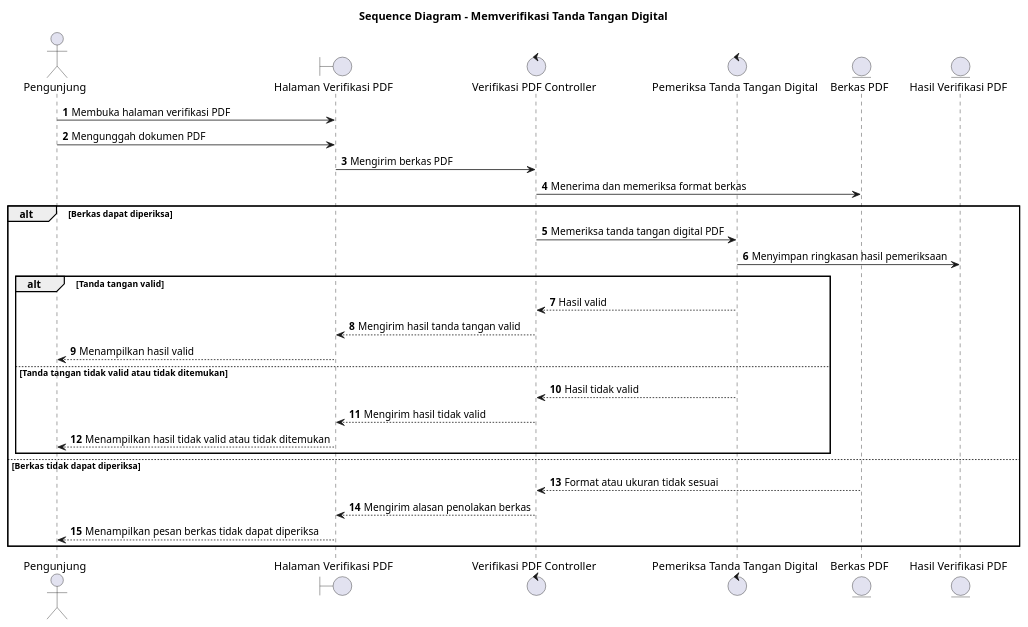
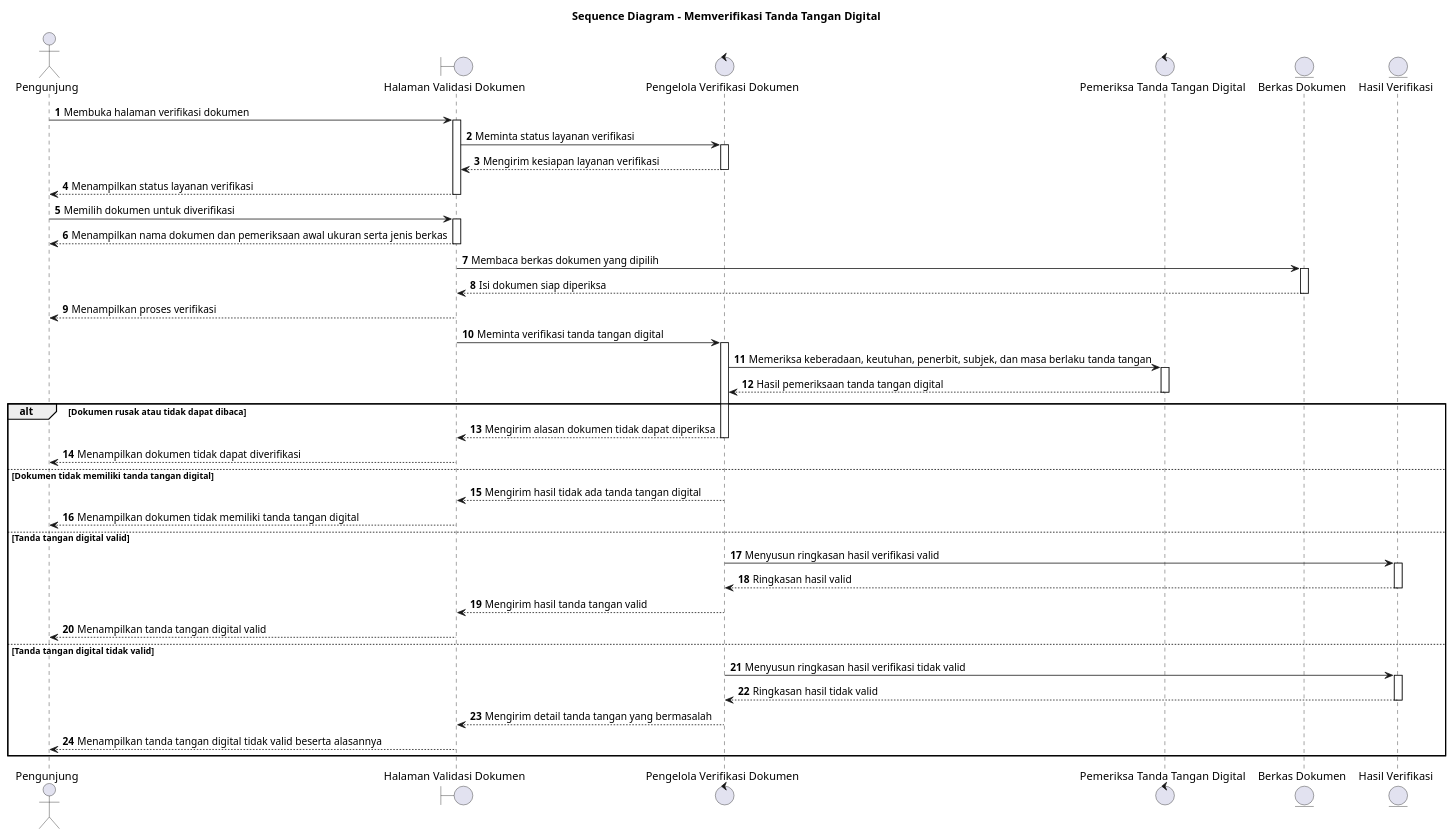
The diagram in docs/sequence/lampiran/pengunjung-memverifikasi-tanda-tangan-digital.md (howlil/sop-generate-app), drawn with PlantUML before and after one commit. The commit also changed other lines of this file and 90 other files, not shown here.

````diff
--- a/docs/sequence/lampiran/pengunjung-memverifikasi-tanda-tangan-digital.md
+++ b/docs/sequence/lampiran/pengunjung-memverifikasi-tanda-tangan-digital.md
@@ -16,37 +16,46 @@
 ```plantuml
 @startuml
 title Sequence Diagram - Memverifikasi Tanda Tangan Digital
 autonumber
+autoactivate on
 
-actor "Pengunjung" as Aktor
-boundary "Halaman Verifikasi PDF" as UI
-control "Verifikasi PDF Controller" as PdfCtrl
-control "Pemeriksa Tanda Tangan Digital" as VerifPdf
-entity "Berkas PDF" as PDF
-entity "Hasil Verifikasi PDF" as Hasil
+actor "Pengunjung" as A
+boundary "Halaman Validasi Dokumen" as B
+control "Pengelola Verifikasi Dokumen" as C
+control "Pemeriksa Tanda Tangan Digital" as D
+entity "Berkas Dokumen" as BerkasDokumen
+entity "Hasil Verifikasi" as HasilVerifikasi
 
-Aktor -> UI : Membuka halaman verifikasi PDF
-Aktor -> UI : Mengunggah dokumen PDF
-UI -> PdfCtrl : Mengirim berkas PDF
-PdfCtrl -> PDF : Menerima dan memeriksa format berkas
+A -> B : Membuka halaman verifikasi dokumen
+B -> C : Meminta status layanan verifikasi
+C --> B : Mengirim kesiapan layanan verifikasi
+B --> A : Menampilkan status layanan verifikasi
 
-alt Berkas dapat diperiksa
-  PdfCtrl -> VerifPdf : Memeriksa tanda tangan digital PDF
-  VerifPdf -> Hasil : Menyimpan ringkasan hasil pemeriksaan
-  alt Tanda tangan valid
-    VerifPdf --> PdfCtrl : Hasil valid
-    PdfCtrl --> UI : Mengirim hasil tanda tangan valid
-    UI --> Aktor : Menampilkan hasil valid
-  else Tanda tangan tidak valid atau tidak ditemukan
-    VerifPdf --> PdfCtrl : Hasil tidak valid
-    PdfCtrl --> UI : Mengirim hasil tidak valid
-    UI --> Aktor : Menampilkan hasil tidak valid atau tidak ditemukan
-  end
-else Berkas tidak dapat diperiksa
-  PDF --> PdfCtrl : Format atau ukuran tidak sesuai
-  PdfCtrl --> UI : Mengirim alasan penolakan berkas
-  UI --> Aktor : Menampilkan pesan berkas tidak dapat diperiksa
+A -> B : Memilih dokumen untuk diverifikasi
+B --> A : Menampilkan nama dokumen dan pemeriksaan awal ukuran serta jenis berkas
+B -> BerkasDokumen : Membaca berkas dokumen yang dipilih
+BerkasDokumen --> B : Isi dokumen siap diperiksa
+B --> A : Menampilkan proses verifikasi
+B -> C : Meminta verifikasi tanda tangan digital
+C -> D : Memeriksa keberadaan, keutuhan, penerbit, subjek, dan masa berlaku tanda tangan
+D --> C : Hasil pemeriksaan tanda tangan digital
+alt Dokumen rusak atau tidak dapat dibaca
+  C --> B : Mengirim alasan dokumen tidak dapat diperiksa
+  B --> A : Menampilkan dokumen tidak dapat diverifikasi
+else Dokumen tidak memiliki tanda tangan digital
+  C --> B : Mengirim hasil tidak ada tanda tangan digital
+  B --> A : Menampilkan dokumen tidak memiliki tanda tangan digital
+else Tanda tangan digital valid
+  C -> HasilVerifikasi : Menyusun ringkasan hasil verifikasi valid
+  HasilVerifikasi --> C : Ringkasan hasil valid
+  C --> B : Mengirim hasil tanda tangan valid
+  B --> A : Menampilkan tanda tangan digital valid
+else Tanda tangan digital tidak valid
+  C -> HasilVerifikasi : Menyusun ringkasan hasil verifikasi tidak valid
+  HasilVerifikasi --> C : Ringkasan hasil tidak valid
+  C --> B : Mengirim detail tanda tangan yang bermasalah
+  B --> A : Menampilkan tanda tangan digital tidak valid beserta alasannya
 end
 
 @enduml
 ```
````
